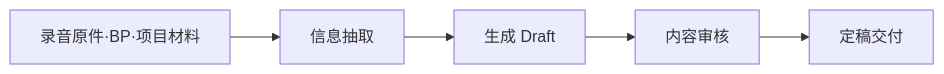
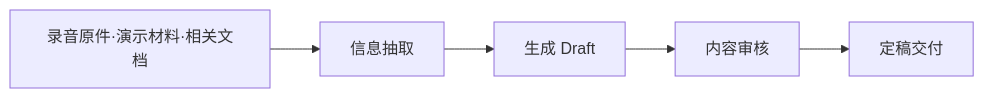
One commit to Dengk3Li/personal-ai-os-core changed the second of 3 diagrams in docs/DEVELOPMENT_TASKBOOK_V0.6.md. Above: the diagram before and after it, drawn with Mermaid. The commit also changed other lines of this file and 31 other files, not shown here.

````diff
--- a/docs/DEVELOPMENT_TASKBOOK_V0.6.md
+++ b/docs/DEVELOPMENT_TASKBOOK_V0.6.md
@@ -202,7 +204,7 @@
 ```mermaid
 flowchart LR
-    O[录音原件·BP·项目材料] --> E[信息抽取]
+    O[录音原件·演示材料·相关文档] --> E[信息抽取]
     E --> D[生成 Draft]
     D --> R[内容审核]
     R --> F[定稿交付]
 ```
````
